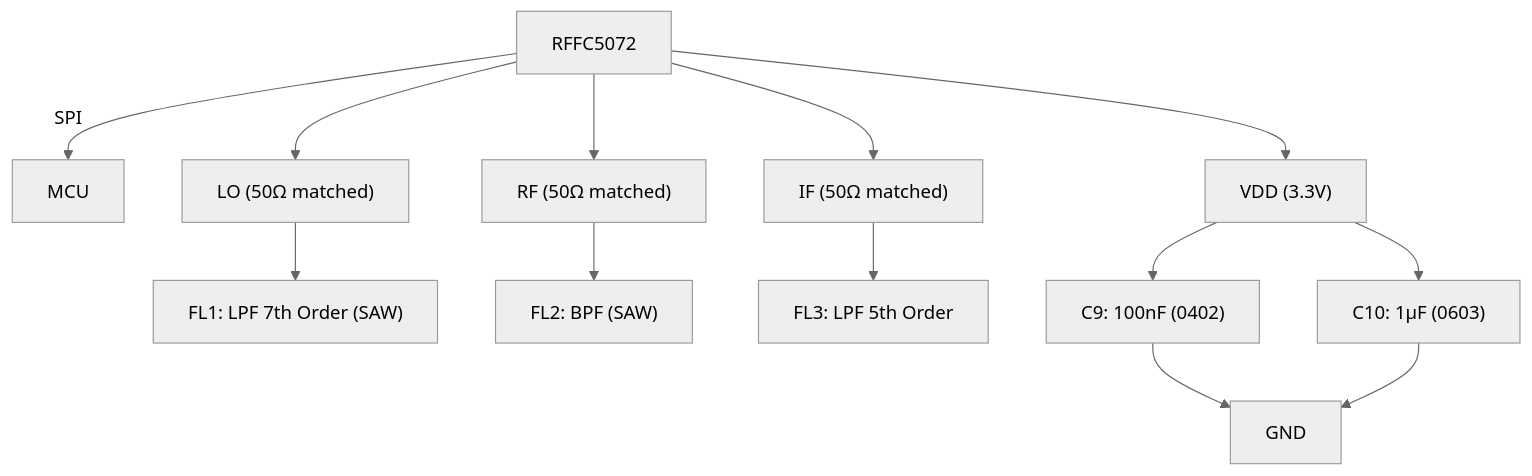
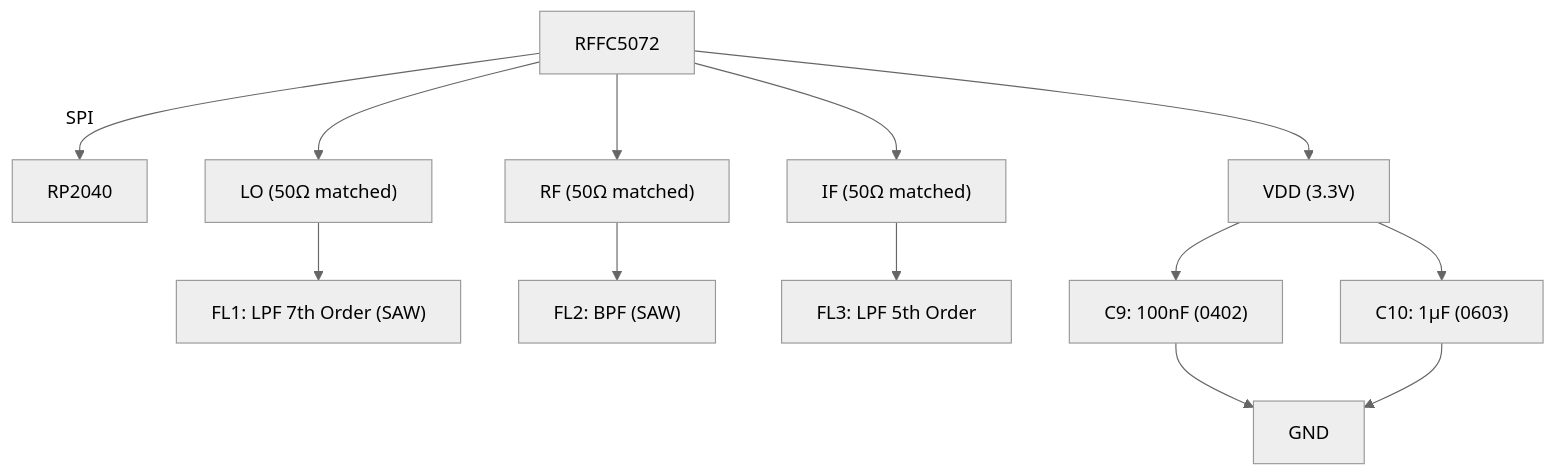
Before and after one commit to morteerror404/Goitaca-Hacker-HUB: the diagram in Modulos/RFFC5072.mermaid, drawn with Mermaid (neutral theme). The commit also changed 8 other files, not shown here.

```diff
--- a/Modulos/RFFC5072.mermaid
+++ b/Modulos/RFFC5072.mermaid
@@ -1,15 +1,15 @@
 graph TD
-    RFFC5072 -->|SPI| MCU
+    RFFC5072 -->|SPI| RP2040
     RFFC5072 --> LO_IN["LO (50Ω matched)"]
     RFFC5072 --> RF_IN["RF (50Ω matched)"]
     RFFC5072 --> IF_OUT["IF (50Ω matched)"]
     
     LO_IN --> FL1["FL1: LPF 7th Order (SAW)"]
     RF_IN --> FL2["FL2: BPF (SAW)"]
     IF_OUT --> FL3["FL3: LPF 5th Order"]
     
     RFFC5072 --> VDD["VDD (3.3V)"]
     VDD --> C9["C9: 100nF (0402)"]
     VDD --> C10["C10: 1µF (0603)"]
     C9 --> GND
     C10 --> GND
```
